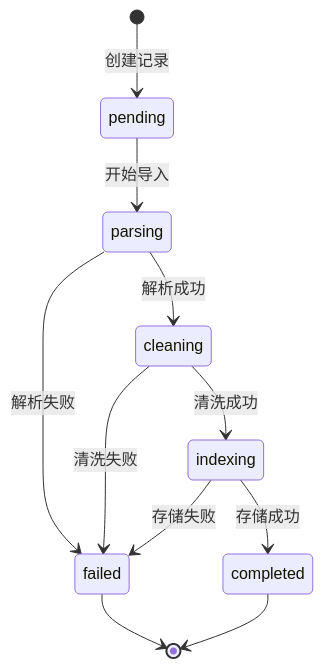
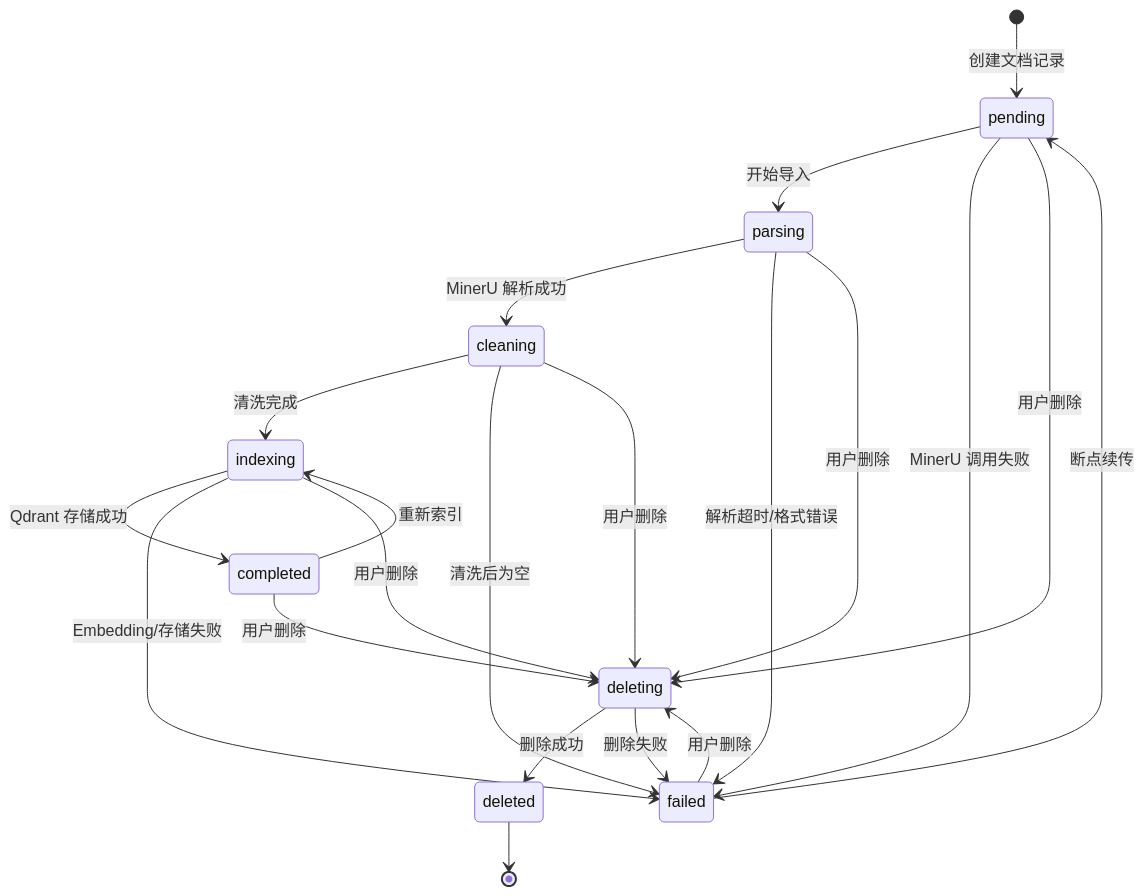
Before and after one commit to ornman/Paper-Agentic: the first of 2 diagrams in docs/Decision-Snapshot/2-动态行为/2.3-运行时状态机.md, drawn with Mermaid. The commit also changed other lines of this file and 30 other files, not shown here.

````diff
--- a/docs/Decision-Snapshot/2-动态行为/2.3-运行时状态机.md
+++ b/docs/Decision-Snapshot/2-动态行为/2.3-运行时状态机.md
@@ -160,17 +39,30 @@
 ```mermaid
 stateDiagram-v2
-    [*] --> pending: 创建记录
+    [*] --> pending: 创建文档记录
+    pending --> parsing: 开始导入
+    pending --> failed: MinerU 调用失败
+    pending --> deleting: 用户删除
 
-    pending --> parsing: 开始导入
-    parsing --> cleaning: 解析成功
-    parsing --> failed: 解析失败
+    parsing --> cleaning: MinerU 解析成功
+    parsing --> failed: 解析超时/格式错误
+    parsing --> deleting: 用户删除
 
-    cleaning --> indexing: 清洗成功
-    cleaning --> failed: 清洗失败
+    cleaning --> indexing: 清洗完成
+    cleaning --> failed: 清洗后为空
+    cleaning --> deleting: 用户删除
 
-    indexing --> completed: 存储成功
-    indexing --> failed: 存储失败
+    indexing --> completed: Qdrant 存储成功
+    indexing --> failed: Embedding/存储失败
+    indexing --> deleting: 用户删除
 
-    failed --> [*]
-    completed --> [*]
+    completed --> indexing: 重新索引
+    completed --> deleting: 用户删除
+
+    failed --> pending: 断点续传
+    failed --> deleting: 用户删除
+
+    deleting --> deleted: 删除成功
+    deleting --> failed: 删除失败
+
+    deleted --> [*]
 ```
````
